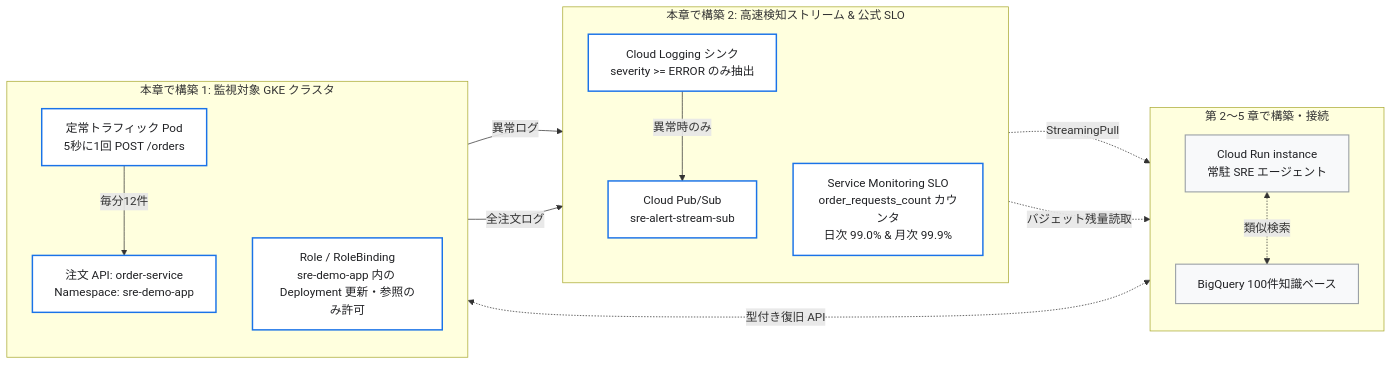
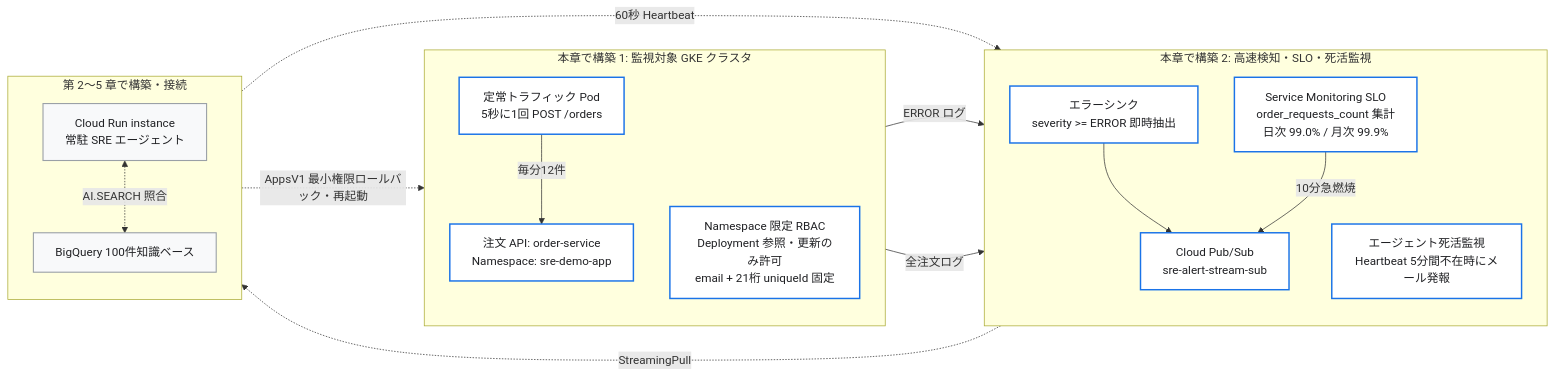
One commit to tyorikan/agentic-sre-handson changed the first of 2 diagrams in docs/01-target-gke-and-alerting.md. Above: the diagram before and after it, drawn with Mermaid. The commit also changed 12 other files, not shown here.

Commit message:
docs: improve readability of 8 wide architecture diagrams with 2D Bento grids

````diff
--- a/docs/01-target-gke-and-alerting.md
+++ b/docs/01-target-gke-and-alerting.md
@@ -17,36 +17,38 @@
 ```mermaid
 flowchart LR
     subgraph Now1["本章で構築 1: 監視対象 GKE クラスタ"]
         direction TB
         Traffic["定常トラフィック Pod<br/>5秒に1回 POST /orders"]
         App["注文 API: order-service<br/>Namespace: sre-demo-app"]
-        RBAC["Role / RoleBinding<br/>sre-demo-app 内の Deployment 更新・参照のみ許可"]
+        RBAC["Namespace 限定 RBAC<br/>Deployment 参照・更新のみ許可<br/>email + 21桁 uniqueId 固定"]
         Traffic -->|"毎分12件"| App
     end
 
-    subgraph Now2["本章で構築 2: 高速検知ストリーム & 公式 SLO"]
+    subgraph Now2["本章で構築 2: 高速検知・SLO・死活監視"]
         direction TB
-        Sink["Cloud Logging シンク<br/>severity >= ERROR のみ抽出"]
+        Sink["エラーシンク<br/>severity >= ERROR 即時抽出"]
         Topic["Cloud Pub/Sub<br/>sre-alert-stream-sub"]
-        SLO["Service Monitoring SLO<br/>order_requests_count カウンタ<br/>日次 99.0% & 月次 99.9%"]
-        Sink -->|"異常時のみ"| Topic
+        SLO["Service Monitoring SLO<br/>order_requests_count 集計<br/>日次 99.0% / 月次 99.9%"]
+        HB["エージェント死活監視<br/>Heartbeat 5分間不在時にメール発報"]
+        Sink --> Topic
+        SLO -->|"10分急燃焼"| Topic
     end
 
     subgraph Later["第 2〜5 章で構築・接続"]
         direction TB
         Agent["Cloud Run instance<br/>常駐 SRE エージェント"]
         BQ["BigQuery 100件知識ベース"]
-        Agent <-.->|"類似検索"| BQ
+        Agent <-.->|"AI.SEARCH 照合"| BQ
     end
 
-    App -->|"異常ログ"| Sink
+    App -->|"ERROR ログ"| Sink
     App -->|"全注文ログ"| SLO
     Topic -.->|"StreamingPull"| Agent
-    SLO -.->|"バジェット残量読取"| Agent
-    RBAC <-.->|"型付き復旧 API"| Agent
+    Agent -.->|"60秒 Heartbeat"| HB
+    Agent -.->|"AppsV1 最小権限ロールバック・再起動"| RBAC
 
     classDef active fill:#ffffff,stroke:#1a73e8,stroke-width:2px,color:#202124;
     classDef future fill:#f8f9fa,stroke:#9aa0a6,stroke-width:1.5px,color:#202124;
-    class Traffic,App,RBAC,Sink,Topic,SLO active;
+    class Traffic,App,RBAC,Sink,Topic,SLO,HB active;
     class Agent,BQ future;
 ```
````
